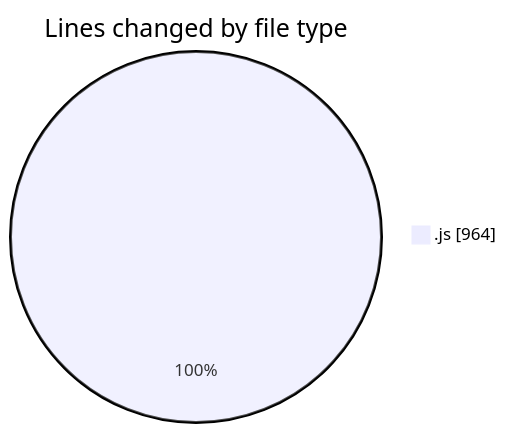
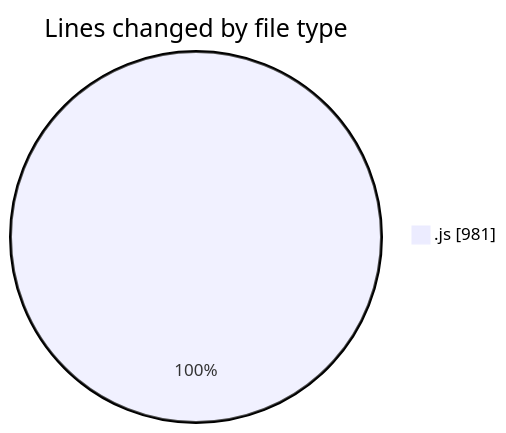
The first of 2 diagrams in 2025-03-31/jsvms/README.md (BS-eng2023/code-tracking), drawn with Mermaid before and after one commit. The commit also changed other lines of this file and 1 other file, not shown here.

````diff
--- a/2025-03-31/jsvms/README.md
+++ b/2025-03-31/jsvms/README.md
@@ -31,5 +31,5 @@
 ```mermaid
 pie showData
 title Lines changed by file type
-".js" : 964
+".js" : 981
 ```
````
